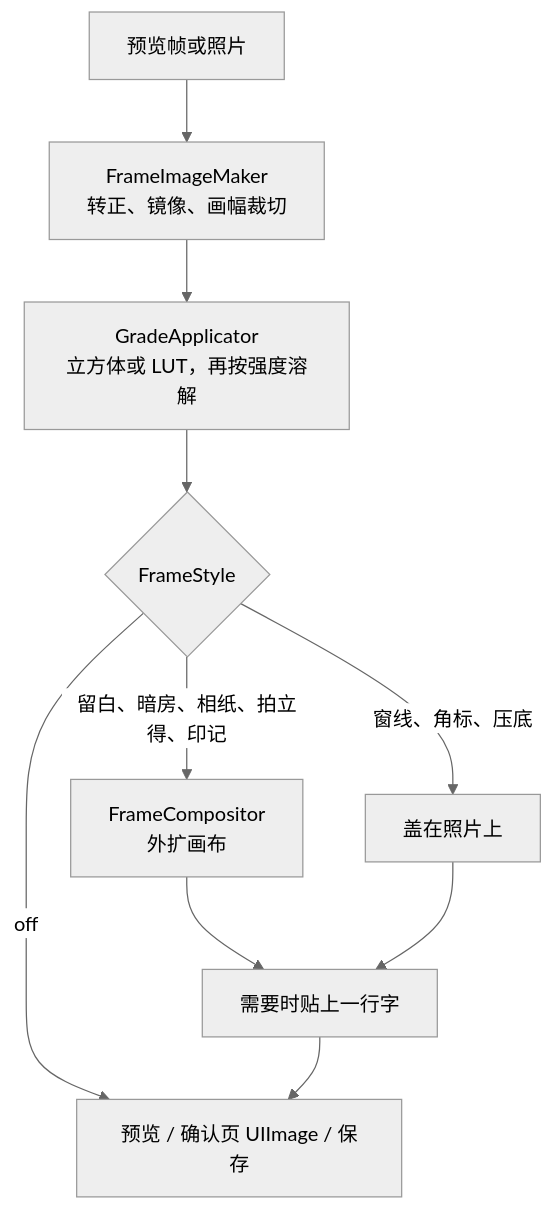
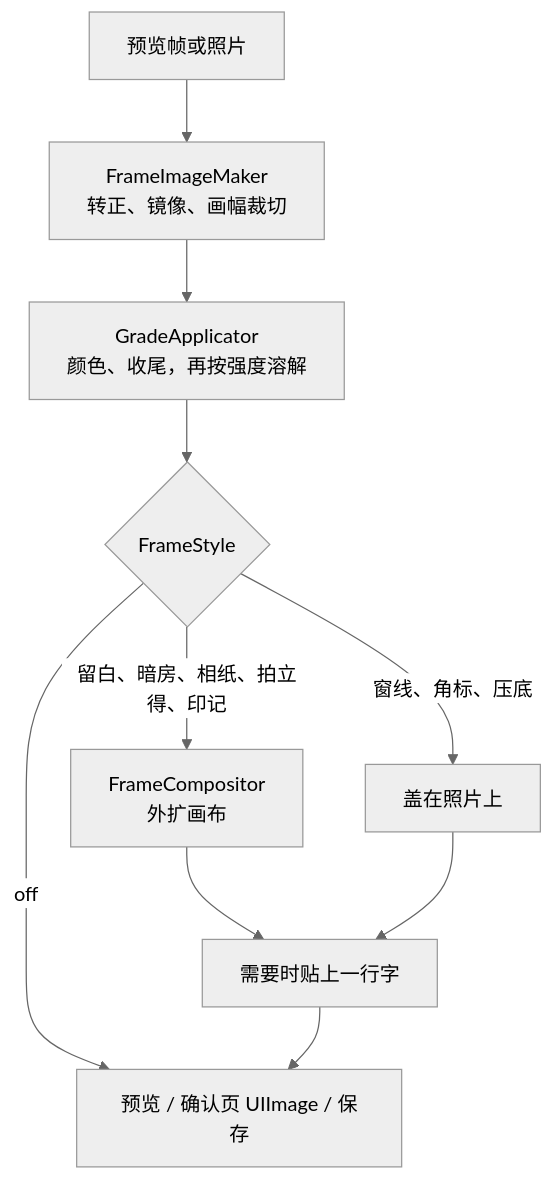
The second of 2 diagrams in design/frame.md (zhe-ma/angie-filter), drawn with Mermaid (neutral theme) before and after one commit. The commit also changed other lines of this file and 148 other files, not shown here.

````diff
--- a/design/frame.md
+++ b/design/frame.md
@@ -119,12 +119,12 @@
 ```mermaid
 flowchart TB
   src[预览帧或照片] --> geo["FrameImageMaker<br/>转正、镜像、画幅裁切"]
-  geo --> grade["GradeApplicator<br/>立方体或 LUT，再按强度溶解"]
+  geo --> grade["GradeApplicator<br/>颜色、收尾，再按强度溶解"]
   grade --> frame{FrameStyle}
   frame -->|off| out[预览 / 确认页 UIImage / 保存]
   frame -->|留白、暗房、相纸、拍立得、印记| canvas["FrameCompositor<br/>外扩画布"]
   frame -->|窗线、角标、压底| overlay["盖在照片上"]
   canvas --> glyphs[需要时贴上一行字]
   overlay --> glyphs
   glyphs --> out
 ```
````
